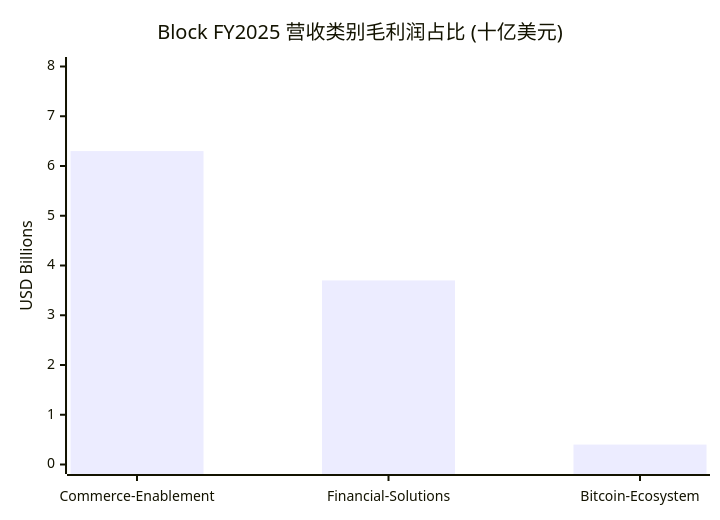
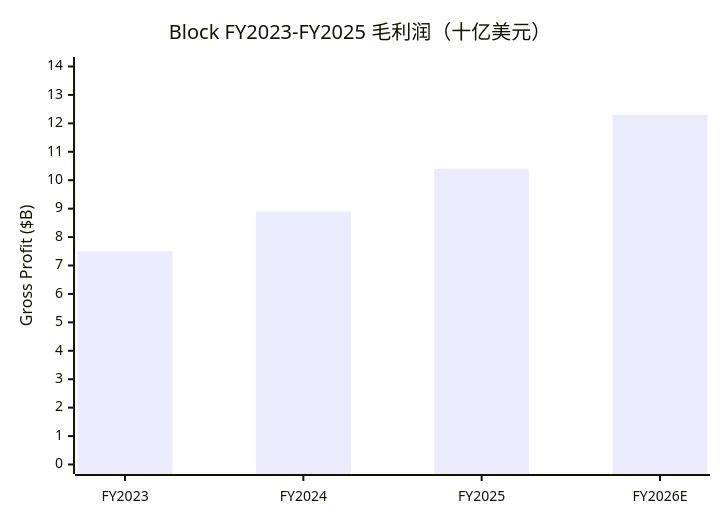
One commit to dadachundan/financial_agent changed the second of 2 diagrams in reports/company/Block_NYSE_XYZ/Block_NYSE_XYZ_公司研究.md. Above: the diagram before and after it, drawn with Mermaid. The commit also changed other lines of this file and 10 other files, not shown here.

First line of the commit message:
feat(company-research): refresh Block (NYSE:XYZ) to current spec — decision layer + 9 SVG charts, freshen to 2026-06-18

````diff
--- a/reports/company/Block_NYSE_XYZ/Block_NYSE_XYZ_公司研究.md
+++ b/reports/company/Block_NYSE_XYZ/Block_NYSE_XYZ_公司研究.md
@@ -258,7 +356,7 @@
 ```mermaid
 xychart-beta
-    title "Block FY2025 营收类别毛利润占比 (十亿美元)"
-    x-axis [Commerce-Enablement, Financial-Solutions, Bitcoin-Ecosystem]
-    y-axis "USD Billions" 0 --> 8
-    bar [6.3, 3.7, 0.4]
+    title "Block FY2023-FY2025 毛利润（十亿美元）"
+    x-axis ["FY2023", "FY2024", "FY2025", "FY2026E"]
+    y-axis "Gross Profit ($B)" 0 --> 14
+    bar [7.5, 8.9, 10.4, 12.3]
 ```
````
